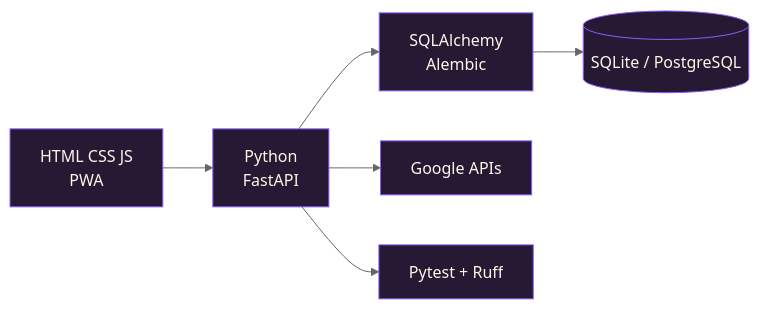
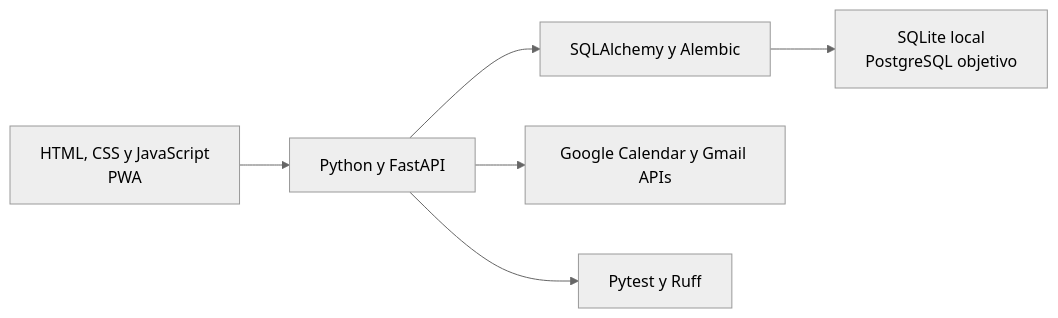
One commit to JackStar6677-1/CCAACalendar changed diagram 14 of 16 in README.md. Above: the diagram before and after it, drawn with Mermaid (neutral theme). The commit also changed other lines of this file, not shown here.

Commit message:
docs: corrige diagramas y actualiza estado del piloto

````diff
--- a/README.md
+++ b/README.md
@@ -328,11 +160,8 @@
 ```mermaid
-flowchart LR
-    FE["HTML CSS JS\nPWA"] --> BE["Python\nFastAPI"]
-    BE --> ORM["SQLAlchemy\nAlembic"]
-    ORM --> DB[(SQLite / PostgreSQL)]
-    BE --> G["Google APIs"]
-    BE --> T["Pytest + Ruff"]
-
-    classDef layer fill:#251933,stroke:#8f5cff,color:#fff7e8
-    class FE,BE,ORM,DB,G,T layer
+graph LR
+    FE["HTML, CSS y JavaScript<br/>PWA"] --> BE["Python y FastAPI"]
+    BE --> ORM["SQLAlchemy y Alembic"]
+    ORM --> DB["SQLite local<br/>PostgreSQL objetivo"]
+    BE --> G["Google Calendar y Gmail APIs"]
+    BE --> T["Pytest y Ruff"]
 ```
````
